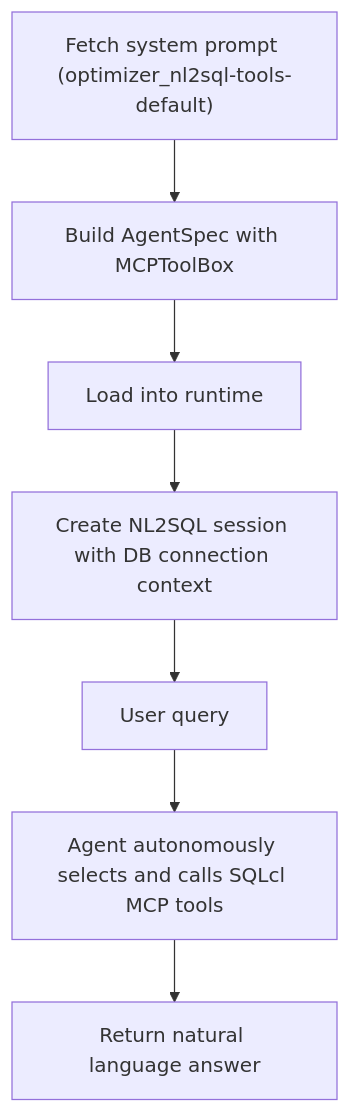
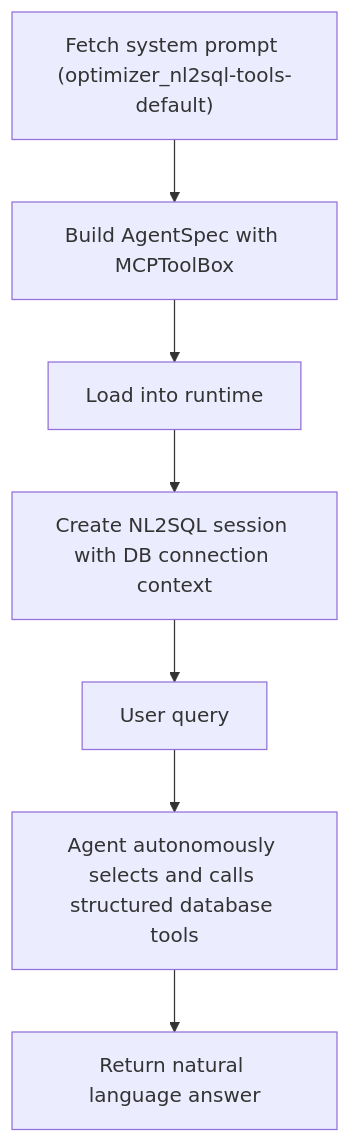
Before and after one commit to oracle/ai-optimizer: the diagram in docs/content/agents/nl2sql.md, drawn with Mermaid. The commit also changed other lines of this file and 59 other files, not shown here.

````diff
--- a/docs/content/agents/nl2sql.md
+++ b/docs/content/agents/nl2sql.md
@@ -9,9 +9,9 @@
 ```mermaid
 flowchart TD
     prompt["Fetch system prompt (optimizer_nl2sql-tools-default)"] --> build["Build AgentSpec with MCPToolBox"]
     build --> load["Load into runtime"]
     load --> session["Create NL2SQL session with DB connection context"]
     session --> input["User query"]
-    input --> agent["Agent autonomously selects and calls SQLcl MCP tools"]
+    input --> agent["Agent autonomously selects and calls structured database tools"]
     agent --> reply["Return natural language answer"]
 ```
````
